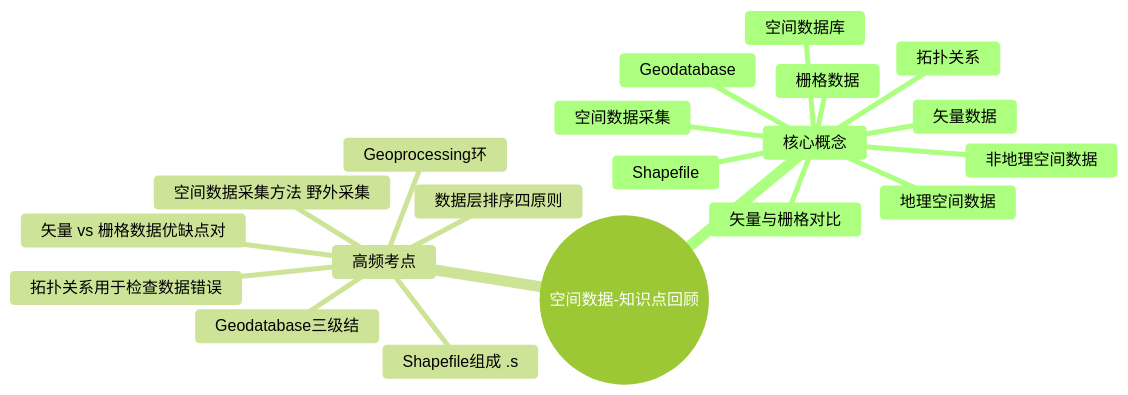
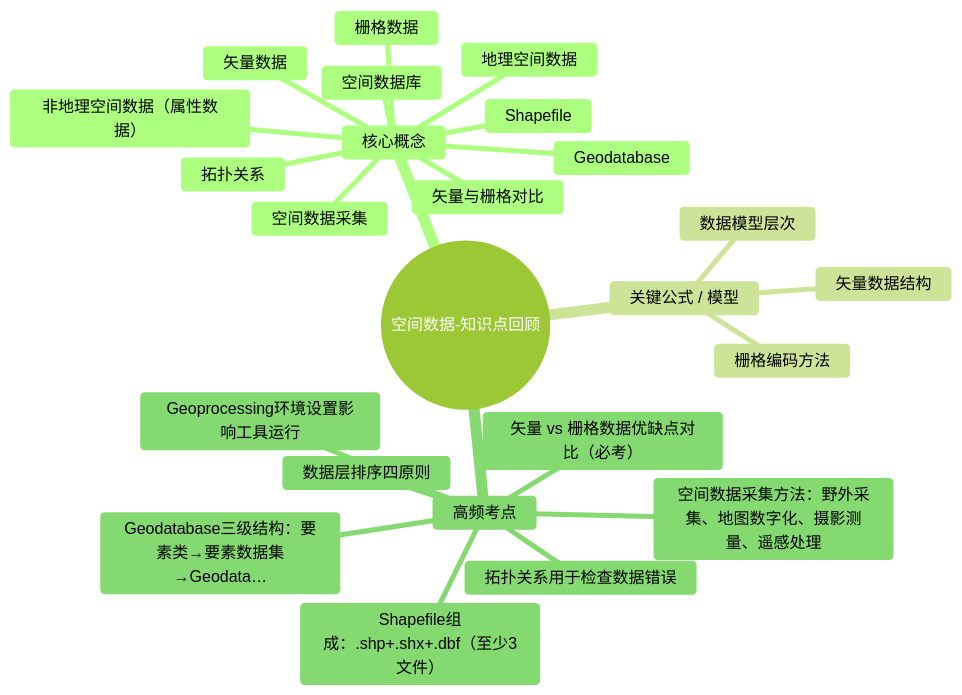
The diagram in 地理信息系统/02_解析成果/_素材/_第02章_空间数据-知识点回顾.md (dao-genesis/xuexi-fuxi), drawn with Mermaid (forest theme) before and after one commit. The commit also changed other lines of this file and 47 other files, not shown here.

````diff
--- a/地理信息系统/02_解析成果/_素材/_第02章_空间数据-知识点回顾.md
+++ b/地理信息系统/02_解析成果/_素材/_第02章_空间数据-知识点回顾.md
@@ -2727,23 +2731,27 @@
 ```mermaid
 mindmap
   root((空间数据-知识点回顾))
     核心概念
       空间数据采集
       地理空间数据
-      非地理空间数据
+      非地理空间数据（属性数据）
       矢量数据
       栅格数据
       矢量与栅格对比
       空间数据库
       Geodatabase
       Shapefile
       拓扑关系
+    关键公式 / 模型
+      栅格编码方法
+      矢量数据结构
+      数据模型层次
     高频考点
-      矢量 vs 栅格数据优缺点对
-      空间数据采集方法 野外采集 
-      Geodatabase三级结
-      Shapefile组成 .s
+      矢量 vs 栅格数据优缺点对比（必考）
+      空间数据采集方法：野外采集、地图数字化、摄影测量、遥感处理
+      Geodatabase三级结构：要素类→要素数据集→Geodata…
+      Shapefile组成：.shp+.shx+.dbf（至少3文件）
       拓扑关系用于检查数据错误
       数据层排序四原则
-      Geoprocessing环
+      Geoprocessing环境设置影响工具运行
 ```
````
